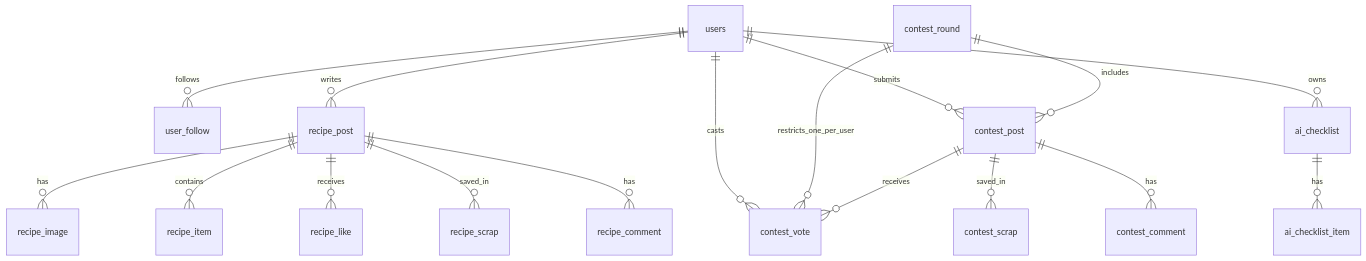
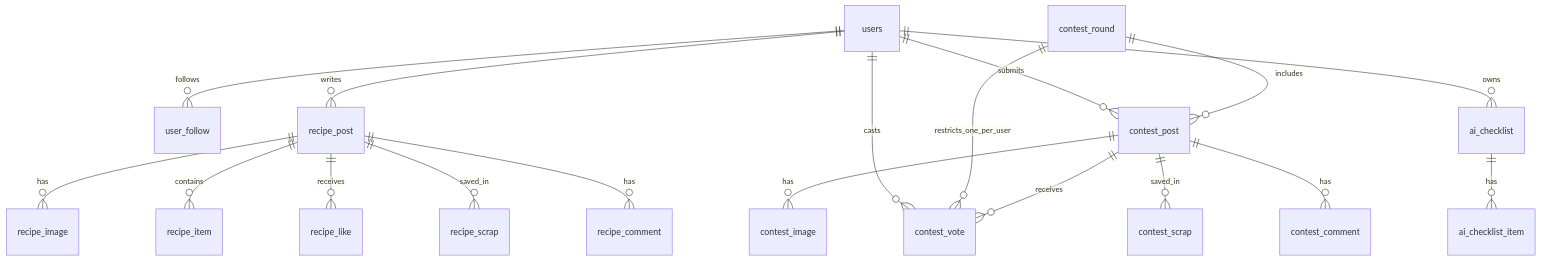
Before and after one commit to bonggyunjo/dev-obsidian-base: the diagram in 10_Projects/roomora/01_Core_Rules/erd_schema.md, drawn with Mermaid. The commit also changed other lines of this file and 2 other files, not shown here.

````diff
--- a/10_Projects/roomora/01_Core_Rules/erd_schema.md
+++ b/10_Projects/roomora/01_Core_Rules/erd_schema.md
@@ -17,22 +17,23 @@
 ```mermaid
 erDiagram
     users ||--o{ user_follow : "follows"
     users ||--o{ recipe_post : "writes"
     users ||--o{ contest_post : "submits"
     users ||--o{ contest_vote : "casts"
     users ||--o{ ai_checklist : "owns"
 
     recipe_post ||--o{ recipe_image : "has"
     recipe_post ||--o{ recipe_item : "contains"
     recipe_post ||--o{ recipe_like : "receives"
     recipe_post ||--o{ recipe_scrap : "saved_in"
     recipe_post ||--o{ recipe_comment : "has"
 
     contest_round ||--o{ contest_post : "includes"
     contest_round ||--o{ contest_vote : "restricts_one_per_user"
+    contest_post ||--o{ contest_image : "has"
     contest_post ||--o{ contest_vote : "receives"
     contest_post ||--o{ contest_scrap : "saved_in"
     contest_post ||--o{ contest_comment : "has"
 
     ai_checklist ||--o{ ai_checklist_item : "has"
 ```
````
